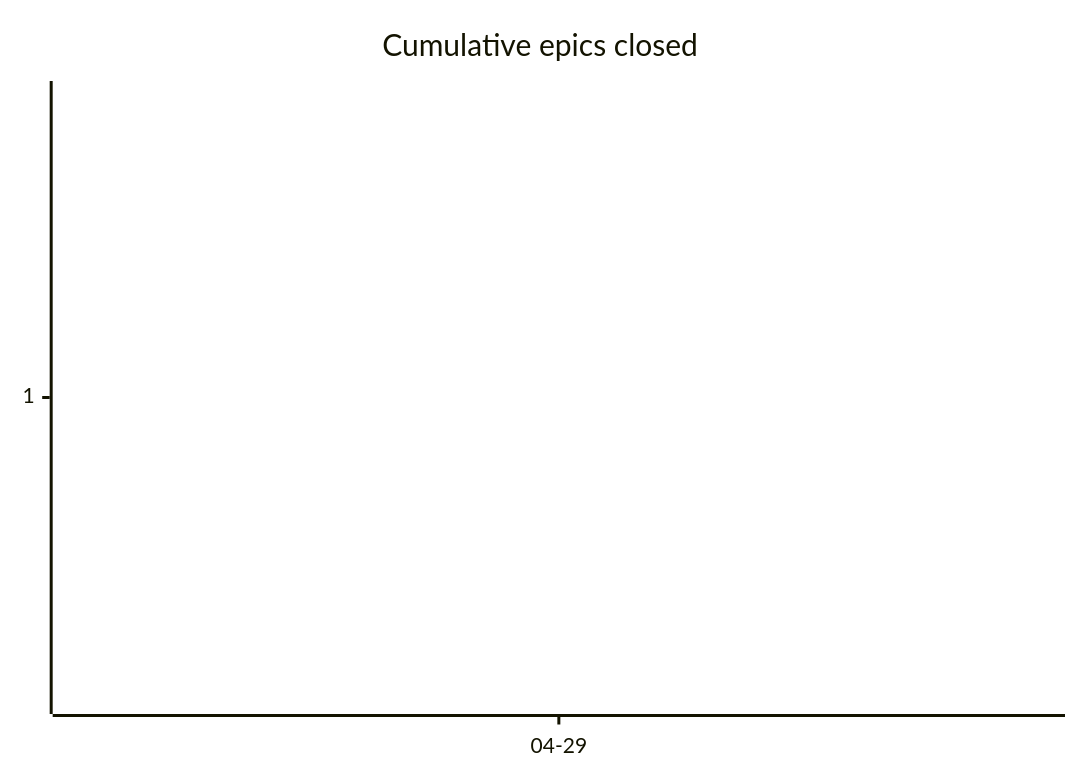
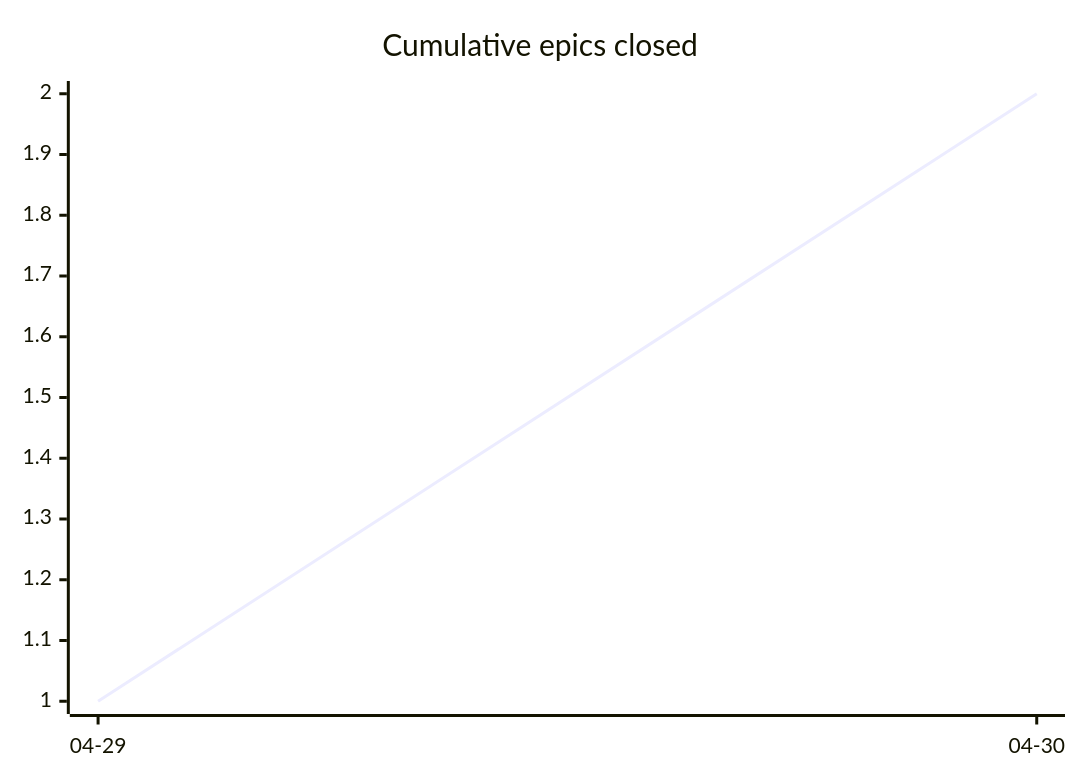
Before and after one commit to tgd1975/AwesomeStudioPedal: the second of 3 diagrams in docs/developers/tasks/OVERVIEW.md, drawn with Mermaid. The commit also changed other lines of this file and 3 other files, not shown here.

````diff
--- a/docs/developers/tasks/OVERVIEW.md
+++ b/docs/developers/tasks/OVERVIEW.md
@@ -29,6 +29,6 @@
 ```mermaid
 xychart-beta
     title "Cumulative epics closed"
-    x-axis ["04-29"]
-    line [1]
+    x-axis ["04-29", "04-30"]
+    line [1, 2]
 ```
````
